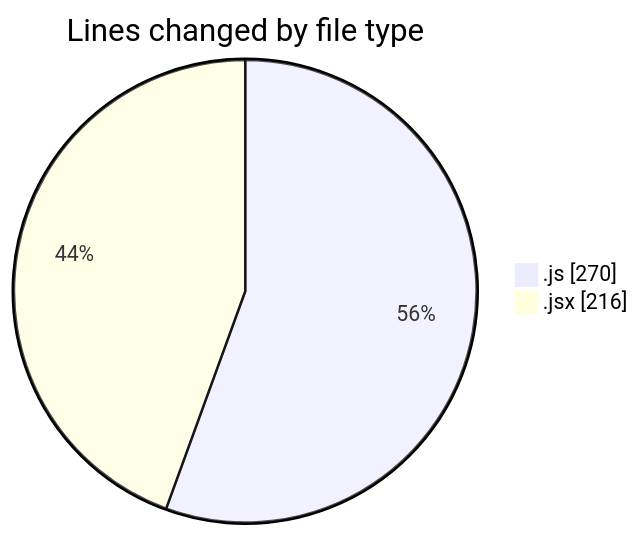
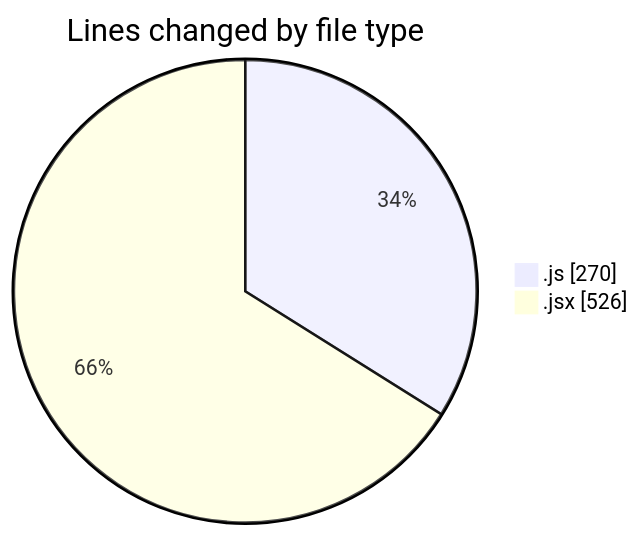
The first of 2 diagrams in 2025-07-02/argos/README.md (nxtqubesakshisongat/code-tracking), drawn with Mermaid before and after one commit. The commit also changed other lines of this file and 1 other file, not shown here.

````diff
--- a/2025-07-02/argos/README.md
+++ b/2025-07-02/argos/README.md
@@ -21,6 +22,6 @@
 ```mermaid
 pie showData
 title Lines changed by file type
 ".js" : 270
-".jsx" : 216
+".jsx" : 526
 ```
````
